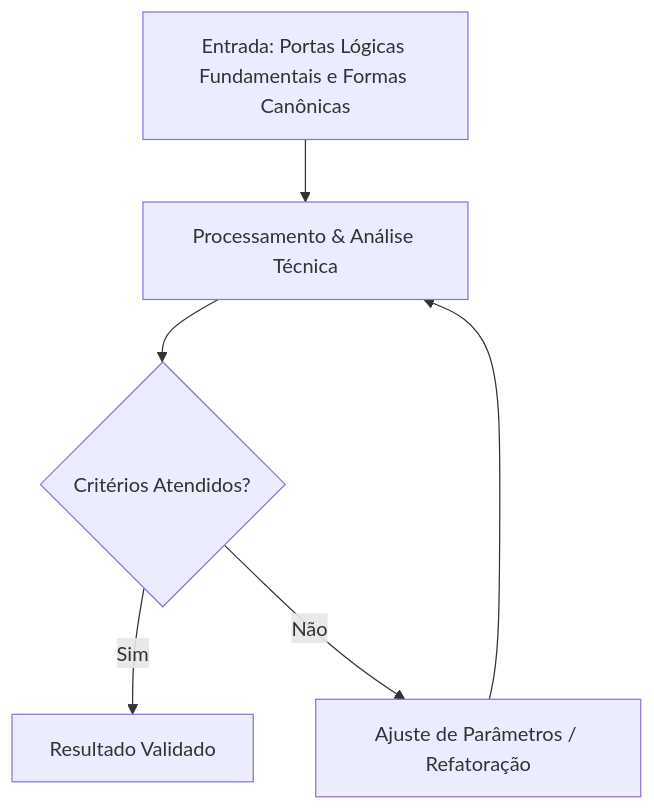
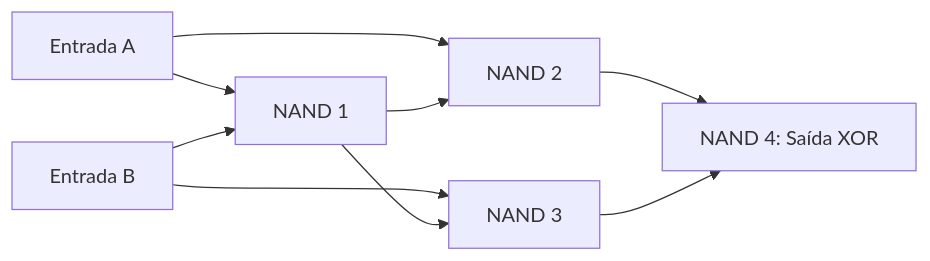
Before and after one commit to pedroiff0/page: the diagram in content/pt-br/resource/Engenharia de Computação/6-periodo/eletronica-digital/anotacoes/aula-03-portas-logicas-fundamentais-e-formas-canonicas.md, drawn with Mermaid. The commit also changed other lines of this file and 826 other files, not shown here.

````diff
--- a/content/pt-br/resource/Engenharia de Computação/6-periodo/eletronica-digital/anotacoes/aula-03-portas-logicas-fundamentais-e-formas-canonicas.md
+++ b/content/pt-br/resource/Engenharia de Computação/6-periodo/eletronica-digital/anotacoes/aula-03-portas-logicas-fundamentais-e-formas-canonicas.md
@@ -74,8 +91,9 @@
 ```mermaid
-flowchart TD
-    A[Entrada: Portas Lógicas Fundamentais e Formas Canônicas] --> B[Processamento & Análise Técnica]
-    B --> C{Critérios Atendidos?}
-    C -- Sim --> D[Resultado Validado]
-    C -- Não --> E[Ajuste de Parâmetros / Refatoração]
-    E --> B
+flowchart LR
+    A[Entrada A] & B[Entrada B] --> NAND1[NAND 1]
+    A --> NAND2[NAND 2]
+    NAND1 --> NAND2
+    B --> NAND3[NAND 3]
+    NAND1 --> NAND3
+    NAND2 & NAND3 --> NAND4[NAND 4: Saída XOR]
 ```
````
